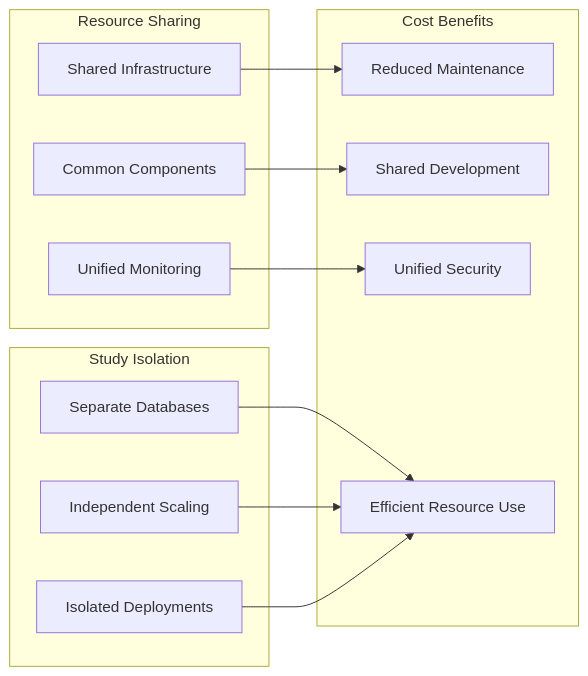
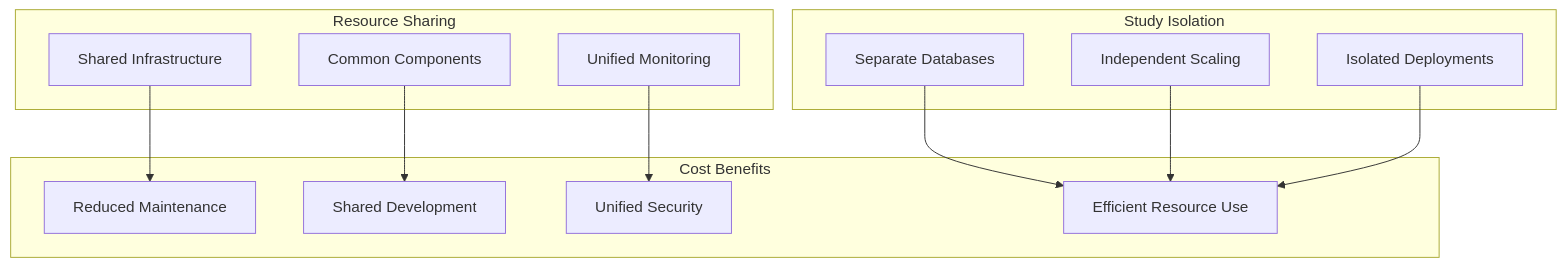
The eighth of 8 diagrams in docs/technical-architecture.md (uwcirg/cnics-validation), drawn with Mermaid before and after one commit. The commit also changed other lines of this file and 3125 other files, not shown here.

````diff
--- a/docs/technical-architecture.md
+++ b/docs/technical-architecture.md
@@ -330,28 +330,28 @@
 ```mermaid
-graph LR
+graph TB
     subgraph "Resource Sharing"
         A[Shared Infrastructure]
         B[Common Components]
         C[Unified Monitoring]
     end
     
     subgraph "Study Isolation"
         D[Separate Databases]
         E[Independent Scaling]
         F[Isolated Deployments]
     end
     
     subgraph "Cost Benefits"
         G[Reduced Maintenance]
         H[Shared Development]
         I[Unified Security]
         J[Efficient Resource Use]
     end
     
     A --> G
     B --> H
     C --> I
     D --> J
     E --> J
     F --> J
 ```
````
